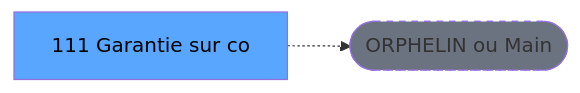
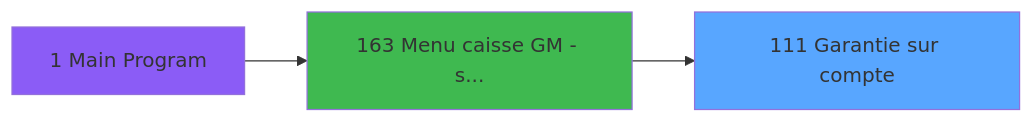
One commit to thonyAGP/magic-migration changed the third of 4 diagrams in .openspec/specs/ADH-IDE-111.md. Above: the diagram before and after it, drawn with Mermaid. The commit also changed other lines of this file and 253 other files, not shown here.

````diff
--- a/.openspec/specs/ADH-IDE-111.md
+++ b/.openspec/specs/ADH-IDE-111.md
@@ -138,8 +2144,11 @@
 ```mermaid
 graph LR
-    T[111 Garantie sur co]
-    ORPHAN([ORPHELIN ou Main])
-    T -.-> ORPHAN
-    style T fill:#58a6ff,color:#000
-    style ORPHAN fill:#6b7280,stroke-dasharray: 5 5
+    T111[111 Garantie sur compte]
+    style T111 fill:#58a6ff
+    CC1[1 Main Program]
+    style CC1 fill:#8b5cf6
+    CC163[163 Menu caisse GM - s...]
+    style CC163 fill:#3fb950
+    CC1 --> CC163
+    CC163 --> T111
 ```
````
